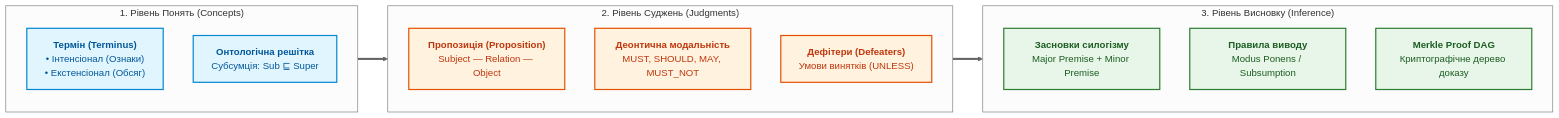
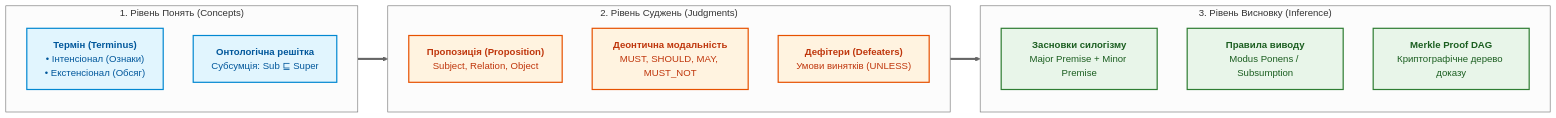
One commit to nick-fedchik/articles changed the second of 5 diagrams in ExpertSystem/ch31-syllogistic-reasoning-and-relation-lattices.md. Above: the diagram before and after it, drawn with Mermaid (neutral theme). The commit also changed other lines of this file and 5 other files, not shown here.

````diff
--- a/ExpertSystem/ch31-syllogistic-reasoning-and-relation-lattices.md
+++ b/ExpertSystem/ch31-syllogistic-reasoning-and-relation-lattices.md
@@ -75,35 +86,35 @@
 ```mermaid
 flowchart LR
     accTitle: Тріада мислення: Поняття, Судження, Висновок
     accDescr: Структурний перехід від сутностей та предикатів до доведених силогізмів.
 
     subgraph Level1["1. Рівень Понять (Concepts)"]
         direction TB
         TERM["<b>Термін (Terminus)</b><br/>• Інтенсіонал (Ознаки)<br/>• Екстенсіонал (Обсяг)"]
         LATTICE["<b>Онтологічна решітка</b><br/>Субсумція: Sub ⊑ Super"]
     end
 
     subgraph Level2["2. Рівень Суджень (Judgments)"]
         direction TB
-        PROP["<b>Пропозиція (Proposition)</b><br/>Subject — Relation — Object"]
+        PROP["<b>Пропозиція (Proposition)</b><br/>Subject, Relation, Object"]
         MODAL["<b>Деонтична модальність</b><br/>MUST, SHOULD, MAY, MUST_NOT"]
         DEFEAT["<b>Дефітери (Defeaters)</b><br/>Умови винятків (UNLESS)"]
     end
 
     subgraph Level3["3. Рівень Висновку (Inference)"]
         direction TB
         PREM["<b>Засновки силогізму</b><br/>Major Premise + Minor Premise"]
         RULES["<b>Правила виводу</b><br/>Modus Ponens / Subsumption"]
         DAG["<b>Merkle Proof DAG</b><br/>Криптографічне дерево доказу"]
     end
 
     Level1 ==> Level2 ==> Level3
 
     classDef c1 fill:#e1f5fe,stroke:#0288d1,stroke-width:2px,color:#01579b;
     classDef c2 fill:#fff3e0,stroke:#e65100,stroke-width:2px,color:#bf360c;
     classDef c3 fill:#e8f5e9,stroke:#2e7d32,stroke-width:2px,color:#1b5e20;
 
     class TERM,LATTICE c1;
     class PROP,MODAL,DEFEAT c2;
     class PREM,RULES,DAG c3;
 ```
````
